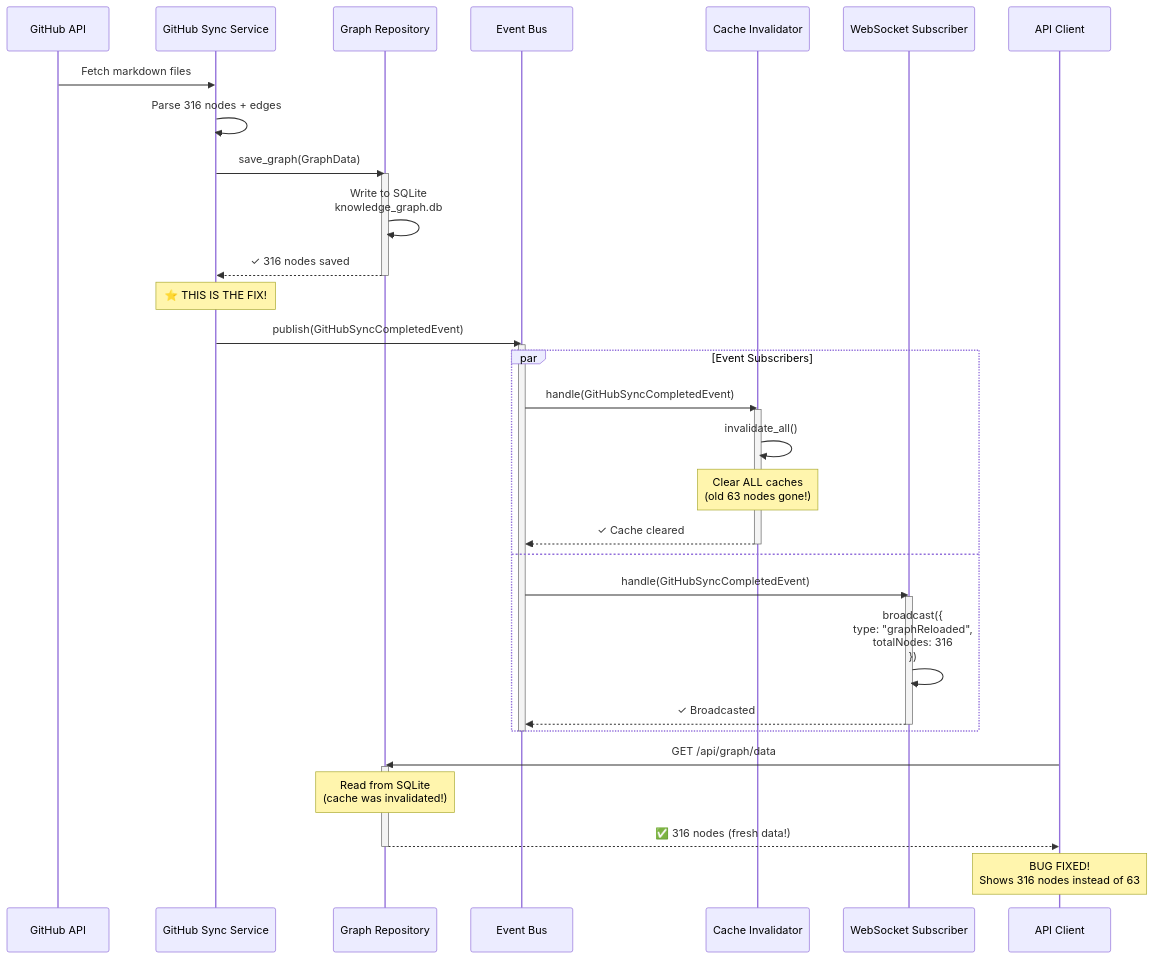
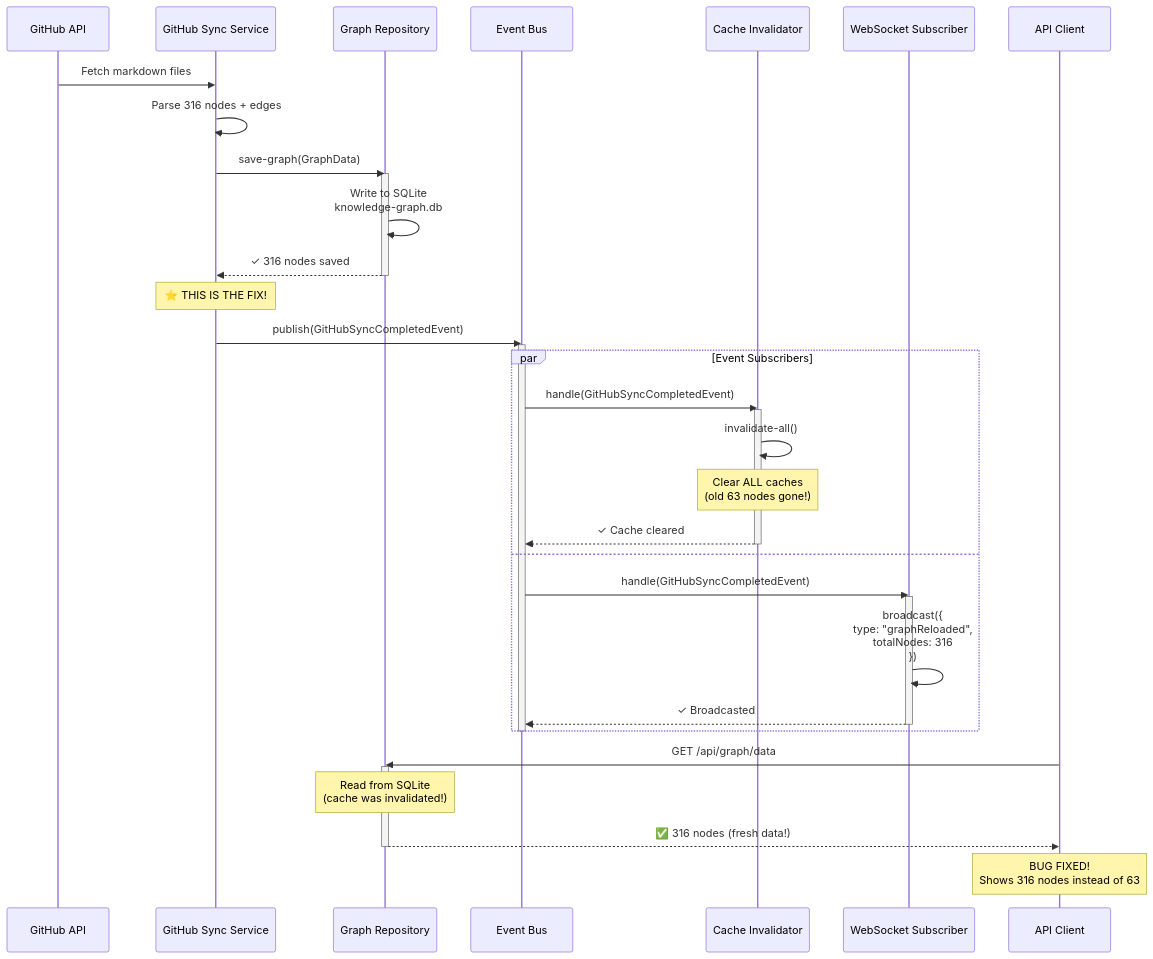
Before and after one commit to DreamLab-AI/VisionFlow: the sixth of 12 diagrams in docs/concepts/architecture/hexagonal-cqrs-architecture.md, drawn with Mermaid. The commit also changed other lines of this file and 184 other files, not shown here.

````diff
--- a/docs/concepts/architecture/hexagonal-cqrs-architecture.md
+++ b/docs/concepts/architecture/hexagonal-cqrs-architecture.md
@@ -503,46 +503,46 @@
 ```mermaid
 sequenceDiagram
     participant GH as GitHub API
     participant SYNC as GitHub Sync Service
     participant REPO as Graph Repository
     participant BUS as Event Bus
     participant CACHE as Cache Invalidator
     participant WS as WebSocket Subscriber
     participant CLIENT as API Client
 
     GH->>SYNC: Fetch markdown files
     SYNC->>SYNC: Parse 316 nodes + edges
-    SYNC->>REPO: save_graph(GraphData)
+    SYNC->>REPO: save-graph(GraphData)
     activate REPO
-    REPO->>REPO: Write to SQLite<br/>knowledge_graph.db
+    REPO->>REPO: Write to SQLite<br/>knowledge-graph.db
     REPO-->>SYNC: ✓ 316 nodes saved
     deactivate REPO
 
     Note over SYNC: ⭐ THIS IS THE FIX!
     SYNC->>BUS: publish(GitHubSyncCompletedEvent)
 
     activate BUS
     par Event Subscribers
         BUS->>CACHE: handle(GitHubSyncCompletedEvent)
         activate CACHE
-        CACHE->>CACHE: invalidate_all()
+        CACHE->>CACHE: invalidate-all()
         Note over CACHE: Clear ALL caches<br/>(old 63 nodes gone!)
         CACHE-->>BUS: ✓ Cache cleared
         deactivate CACHE
     and
         BUS->>WS: handle(GitHubSyncCompletedEvent)
         activate WS
         WS->>WS: broadcast({<br/>  type: "graphReloaded",<br/>  totalNodes: 316<br/>})
         WS-->>BUS: ✓ Broadcasted
         deactivate WS
     end
     deactivate BUS
 
     CLIENT->>REPO: GET /api/graph/data
     activate REPO
     Note over REPO: Read from SQLite<br/>(cache was invalidated!)
     REPO-->>CLIENT: ✅ 316 nodes (fresh data!)
     deactivate REPO
 
     Note over CLIENT: BUG FIXED!<br/>Shows 316 nodes instead of 63
 ```
````
